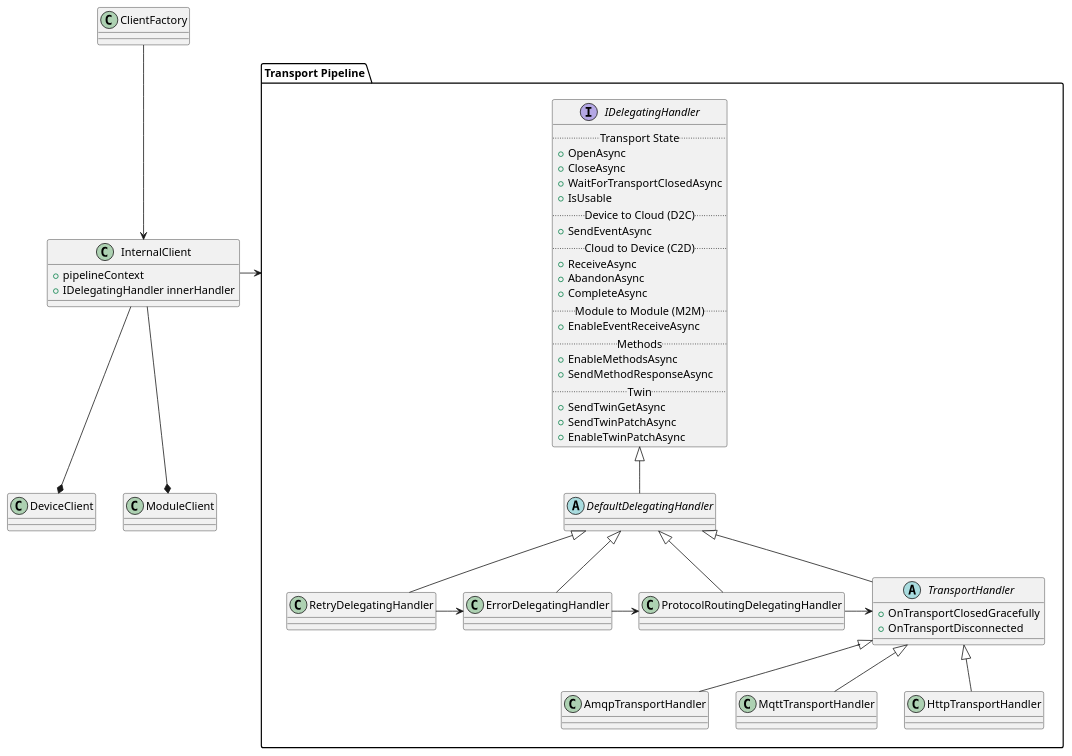
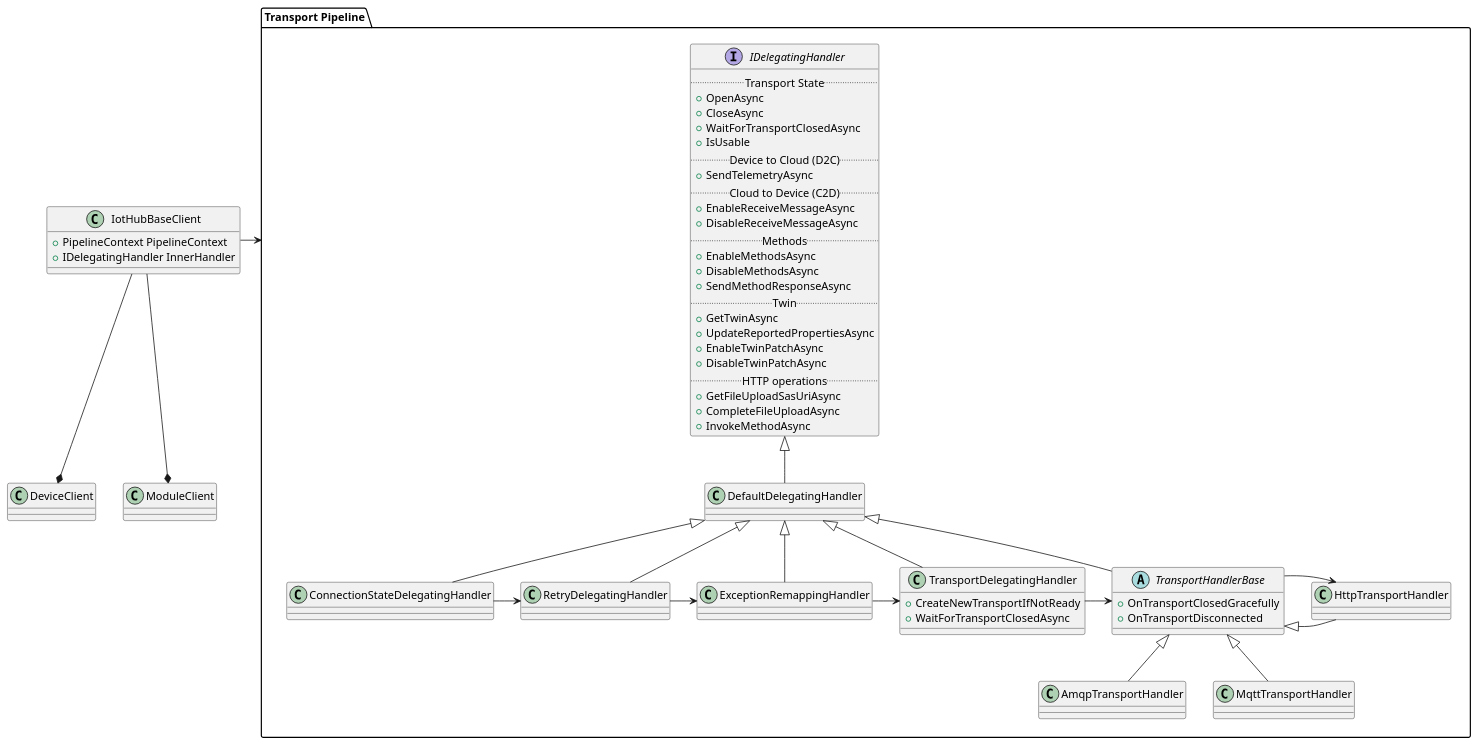
Before and after one commit to Azure/azure-iot-sdk-csharp: the diagram in iothub/device/devdoc/architecture.puml, drawn with PlantUML. The commit also changed 26 other files, not shown here.

Commit message:
Update delegating pipeline architecture document

```diff
--- a/iothub/device/devdoc/architecture.puml
+++ b/iothub/device/devdoc/architecture.puml
@@ -1,98 +1,104 @@
 @startuml csharpDeviceClientSDKArchitecture
-class ClientFactory 
-{ 
-}
-
-class InternalClient 
+class IotHubBaseClient
 {
-  + pipelineContext
-  + IDelegatingHandler innerHandler
+  + PipelineContext PipelineContext
+  + IDelegatingHandler InnerHandler
 }
 
 class DeviceClient 
 { 
 }
 
 class ModuleClient 
 {
 }
 
-ClientFactory --> InternalClient
-InternalClient --* DeviceClient
-InternalClient --* ModuleClient
-InternalClient -> "Transport Pipeline"
+IotHubBaseClient --* DeviceClient
+IotHubBaseClient --* ModuleClient
+IotHubBaseClient -> "Transport Pipeline"
 
 package "Transport Pipeline" 
 {
   interface IDelegatingHandler 
   {
     ..Transport State..
     + OpenAsync
     + CloseAsync
     + WaitForTransportClosedAsync
     + IsUsable
     ..Device to Cloud (D2C)..
-    + SendEventAsync
+    + SendTelemetryAsync
     ..Cloud to Device (C2D)..
-    + ReceiveAsync
-    + AbandonAsync
-    + CompleteAsync
-    ..Module to Module (M2M)..
-    + EnableEventReceiveAsync
+    + EnableReceiveMessageAsync
+    + DisableReceiveMessageAsync
     ..Methods..
     + EnableMethodsAsync
+    + DisableMethodsAsync
     + SendMethodResponseAsync
     ..Twin..
-    + SendTwinGetAsync
-    + SendTwinPatchAsync
+    + GetTwinAsync
+    + UpdateReportedPropertiesAsync
     + EnableTwinPatchAsync
+    + DisableTwinPatchAsync
+    ..HTTP operations..
+    + GetFileUploadSasUriAsync
+    + CompleteFileUploadAsync
+    + InvokeMethodAsync
   }
 
-  abstract class DefaultDelegatingHandler 
+  class DefaultDelegatingHandler 
+  {
+  }
+
+  class ConnectionStateDelegatingHandler
   {
   }
 
   class RetryDelegatingHandler 
   {
   }
 
-  class ErrorDelegatingHandler 
+  class ExceptionRemappingHandler
   {
   }
 
-  class ProtocolRoutingDelegatingHandler 
+  class TransportDelegatingHandler
   {
+    + CreateNewTransportIfNotReady
+    + WaitForTransportClosedAsync
   }
 
-  abstract class TransportHandler 
+  abstract class TransportHandlerBase
   {
     + OnTransportClosedGracefully
     + OnTransportDisconnected
   }
 
   class AmqpTransportHandler 
   {
   }
 
   class MqttTransportHandler 
   {
   }
 
   class HttpTransportHandler 
   {
   }
 
   IDelegatingHandler <|-- DefaultDelegatingHandler
+  DefaultDelegatingHandler <|-- ConnectionStateDelegatingHandler
   DefaultDelegatingHandler <|-- RetryDelegatingHandler
-  DefaultDelegatingHandler <|-- ErrorDelegatingHandler
-  DefaultDelegatingHandler <|-- ProtocolRoutingDelegatingHandler
-  DefaultDelegatingHandler <|-- TransportHandler
-  TransportHandler <|-- AmqpTransportHandler
-  TransportHandler <|-- MqttTransportHandler
-  TransportHandler <|-- HttpTransportHandler
-  RetryDelegatingHandler -> ErrorDelegatingHandler
-  ErrorDelegatingHandler -> ProtocolRoutingDelegatingHandler
-  ProtocolRoutingDelegatingHandler -> TransportHandler
+  DefaultDelegatingHandler <|-- ExceptionRemappingHandler
+  DefaultDelegatingHandler <|-- TransportDelegatingHandler
+  DefaultDelegatingHandler <|-- TransportHandlerBase
+  TransportHandlerBase <|-- MqttTransportHandler
+  TransportHandlerBase <|-- AmqpTransportHandler
+  TransportHandlerBase <|-- HttpTransportHandler
+  ConnectionStateDelegatingHandler -> RetryDelegatingHandler
+  RetryDelegatingHandler -> ExceptionRemappingHandler
+  ExceptionRemappingHandler-> TransportDelegatingHandler
+  TransportDelegatingHandler -> TransportHandlerBase
+  TransportHandlerBase -> HttpTransportHandler
 }
-
 @enduml
```
